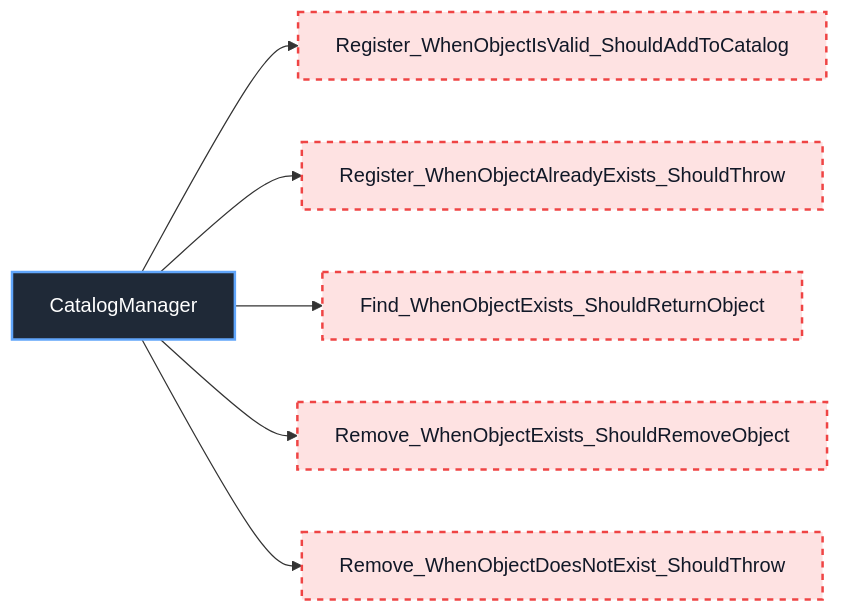
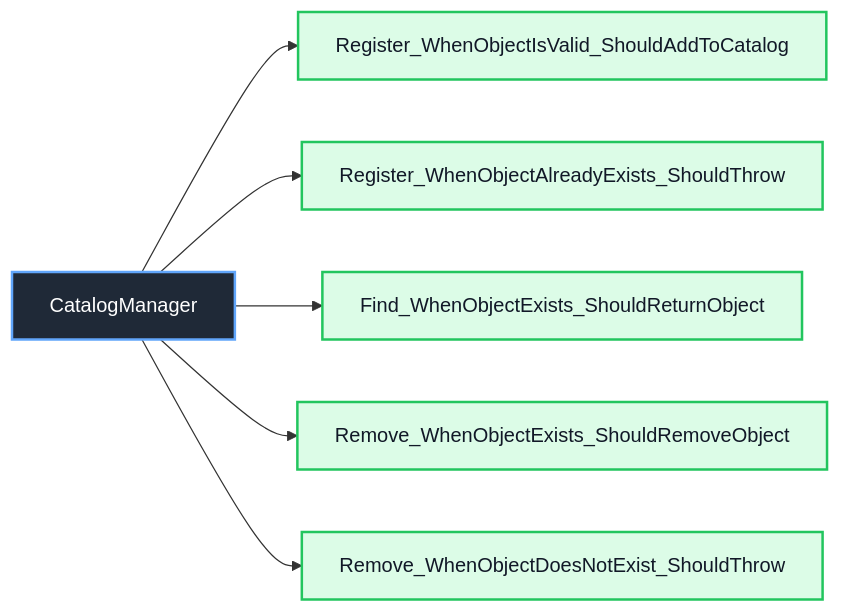
One commit to manaxpow/DBMS changed diagram 14 of 29 in docs/unit-test/README.md. Above: the diagram before and after it, drawn with Mermaid. The commit also changed other lines of this file and 19 other files, not shown here.

````diff
--- a/docs/unit-test/README.md
+++ b/docs/unit-test/README.md
@@ -317,17 +317,17 @@
 ```mermaid
 flowchart LR
     Class_CatalogManager["CatalogManager"]
 
     Class_CatalogManager --> CAT_001["Register_WhenObjectIsValid_ShouldAddToCatalog"]
     Class_CatalogManager --> CAT_002["Register_WhenObjectAlreadyExists_ShouldThrow"]
     Class_CatalogManager --> CAT_003["Find_WhenObjectExists_ShouldReturnObject"]
     Class_CatalogManager --> CAT_004["Remove_WhenObjectExists_ShouldRemoveObject"]
     Class_CatalogManager --> CAT_005["Remove_WhenObjectDoesNotExist_ShouldThrow"]
 
     classDef classNode fill:#1f2937,stroke:#60a5fa,color:#ffffff,stroke-width:2px
     classDef completedTest fill:#dcfce7,stroke:#22c55e,color:#111827,stroke-width:2px
     classDef missingTest fill:#fee2e2,stroke:#ef4444,color:#111827,stroke-width:2px,stroke-dasharray: 5 5
 
     class Class_CatalogManager classNode
-    class CAT_001,CAT_002,CAT_003,CAT_004,CAT_005 missingTest
+    class CAT_001,CAT_002,CAT_003,CAT_004,CAT_005 completedTest
 ```
````
